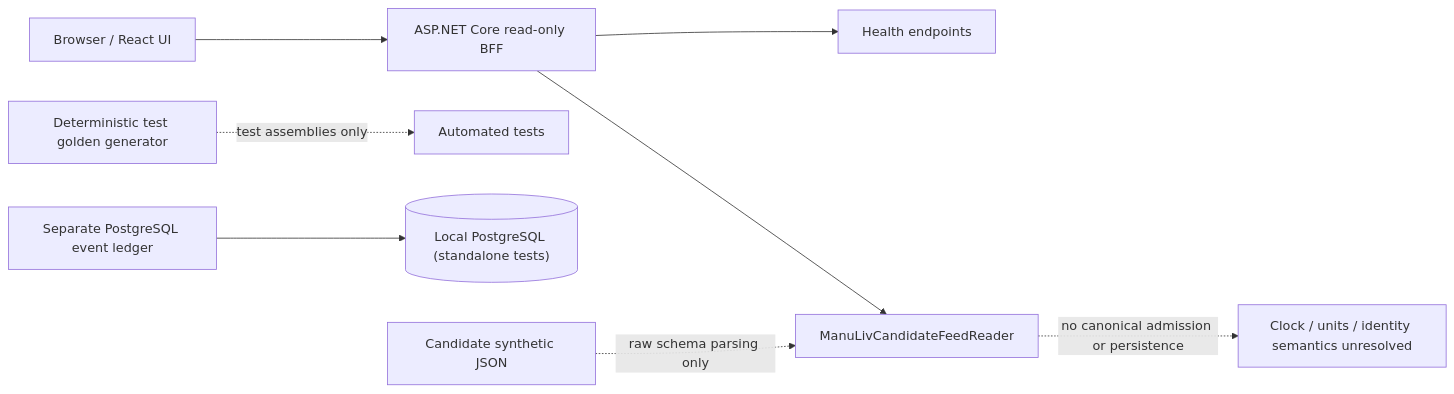
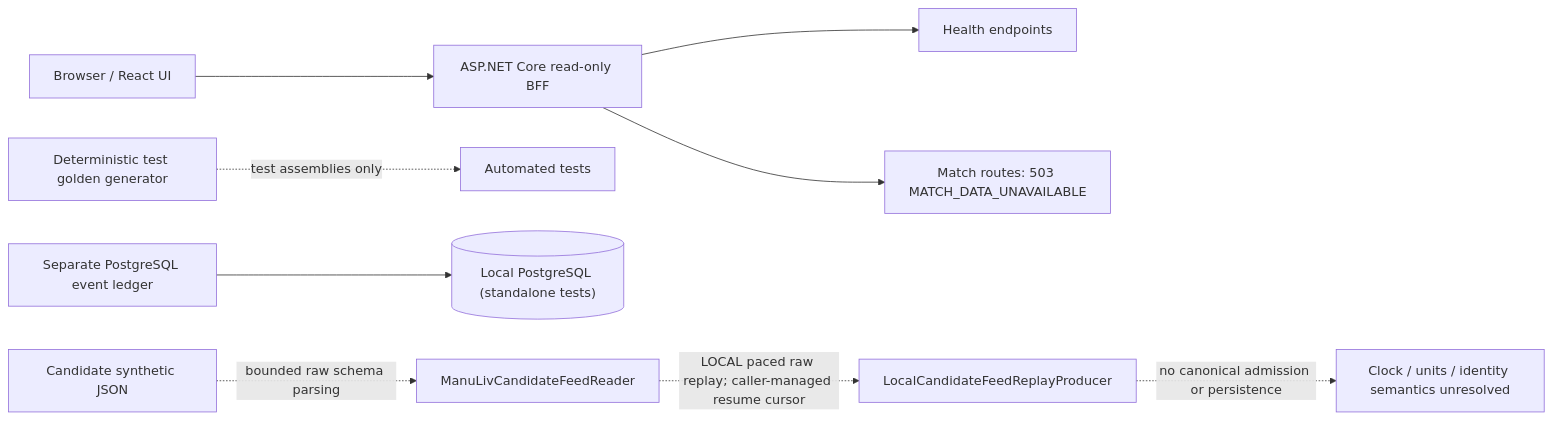
Before and after one commit to prateekgangopadhyay/PitchMind: the first of 2 diagrams in docs/architecture/02-container.md, drawn with Mermaid. The commit also changed other lines of this file and 4 other files, not shown here.

Commit message:
feat(EP03-S03): add bounded local candidate replay

````diff
--- a/docs/architecture/02-container.md
+++ b/docs/architecture/02-container.md
@@ -7,10 +7,11 @@
 ```mermaid
 flowchart LR
   U["Browser / React UI"] --> A["ASP.NET Core read-only BFF"]
   A --> H["Health endpoints"]
-  A --> R["Match routes: 503 MATCH_DATA_UNAVAILABLE"]
+  A --> MR["Match routes: 503 MATCH_DATA_UNAVAILABLE"]
   T["Deterministic test golden generator"] -. test assemblies only .-> Tests["Automated tests"]
   L["Separate PostgreSQL event ledger"] --> P[("Local PostgreSQL (standalone tests)")]
-  J["Candidate synthetic JSON"] -. "raw schema parsing only" .-> R["ManuLivCandidateFeedReader"]
-  R -. "no canonical admission or persistence" .-> X["Clock / units / identity semantics unresolved"]
+  J["Candidate synthetic JSON"] -. "bounded raw schema parsing" .-> R["ManuLivCandidateFeedReader"]
+  R -. "LOCAL paced raw replay; caller-managed resume cursor" .-> RP["LocalCandidateFeedReplayProducer"]
+  RP -. "no canonical admission or persistence" .-> X["Clock / units / identity semantics unresolved"]
 ```
````
